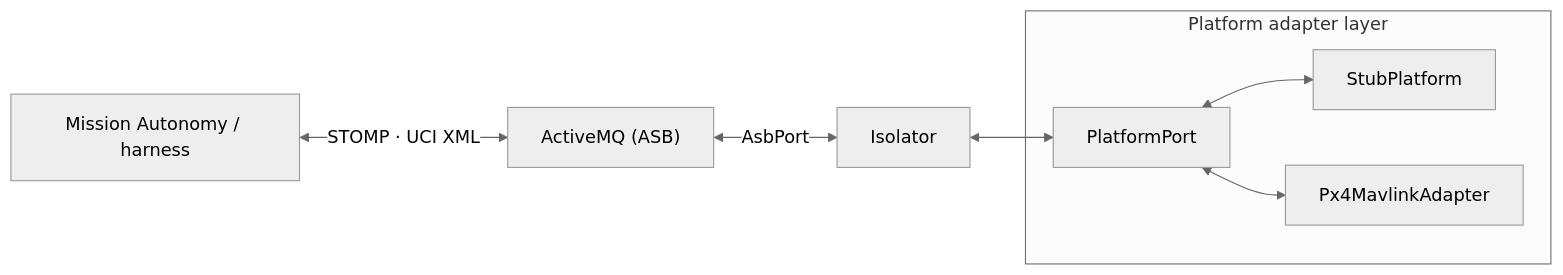
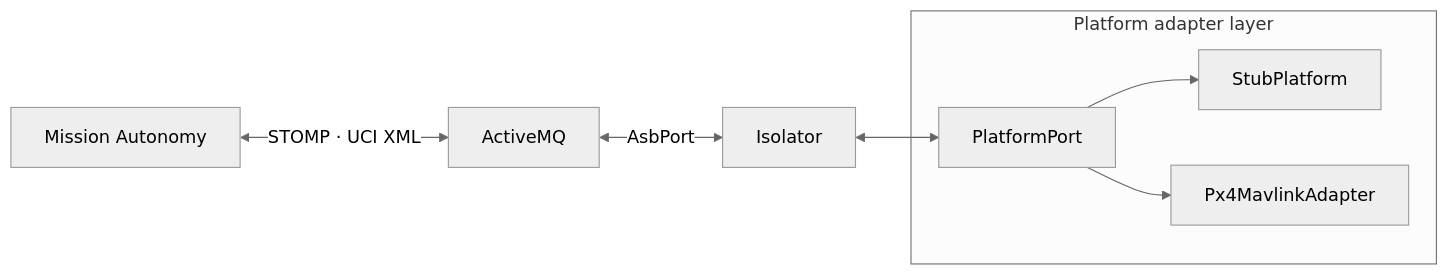
Before and after one commit to OpenAutonomy/open-vi: the first of 2 diagrams in docs/ARCHITECTURE.md, drawn with Mermaid (neutral theme). The commit also changed other lines of this file and 22 other files, not shown here.

````diff
--- a/docs/ARCHITECTURE.md
+++ b/docs/ARCHITECTURE.md
@@ -20,17 +20,17 @@
 ```mermaid
 flowchart LR
-  MA["Mission Autonomy / harness"]
-  ASB["ActiveMQ (ASB)"]
+  MA["Mission Autonomy"]
+  ASB["ActiveMQ"]
   Iso["Isolator"]
   subgraph adapters ["Platform adapter layer"]
     Port["PlatformPort"]
     Stub["StubPlatform"]
     Px4["Px4MavlinkAdapter"]
   end
 
   MA <-->|"STOMP · UCI XML"| ASB
   ASB <-->|"AsbPort"| Iso
   Iso <--> Port
-  Port <--> Stub
-  Port <--> Px4
+  Port --> Stub
+  Port --> Px4
 ```
````
